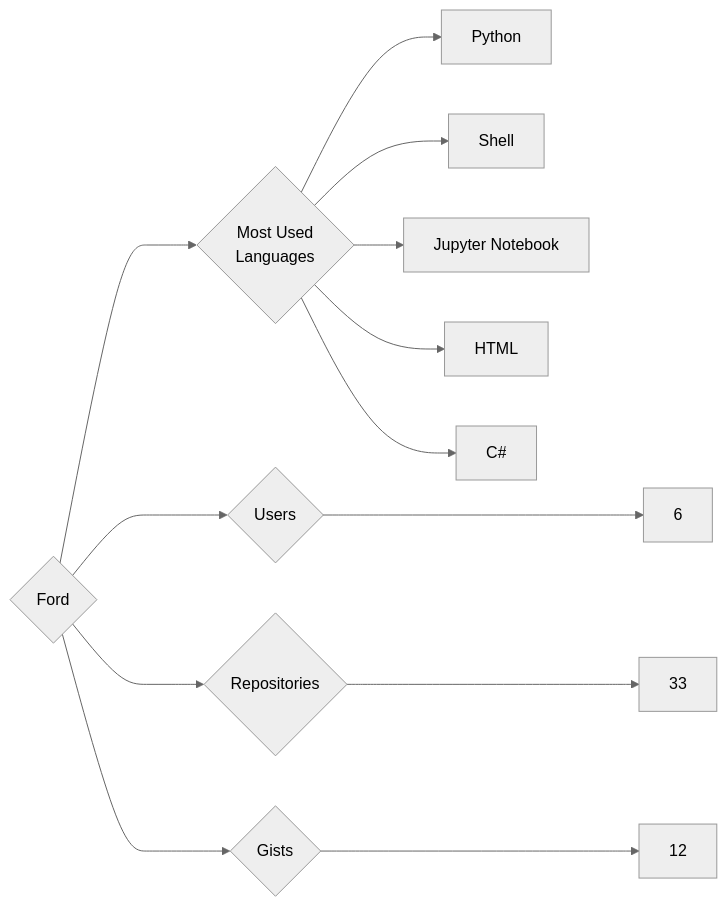
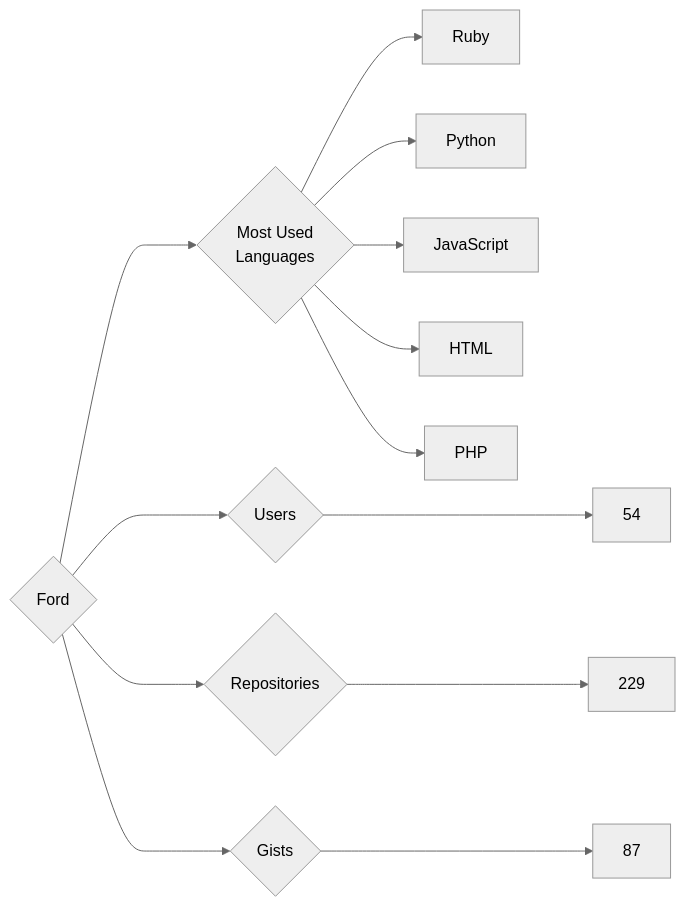
One commit to trickest/insiders changed the diagram in targets/Ford/README.md. Above: the diagram before and after it, drawn with Mermaid (neutral theme). The commit also changed 682 other files, not shown here.

````diff
--- a/targets/Ford/README.md
+++ b/targets/Ford/README.md
@@ -3,13 +3,13 @@
 ```mermaid
 graph LR
 COMPANY_NAME{Ford}
-COMPANY_NAME ---> U{Users} ---> UN[6]
-COMPANY_NAME ---> R{Repositories} ---> RN[33]
-COMPANY_NAME ---> G{Gists} ---> GN[12]
+COMPANY_NAME ---> U{Users} ---> UN[54]
+COMPANY_NAME ---> R{Repositories} ---> RN[229]
+COMPANY_NAME ---> G{Gists} ---> GN[87]
 COMPANY_NAME ---> ML{Most Used<br>Languages}
+ML --> Ruby[Ruby]
 ML --> Python[Python]
-ML --> Shell[Shell]
-ML --> Jupyter_Notebook[Jupyter Notebook]
+ML --> JavaScript[JavaScript]
 ML --> HTML[HTML]
-ML --> C#[C#]
+ML --> PHP[PHP]
 ```
````
